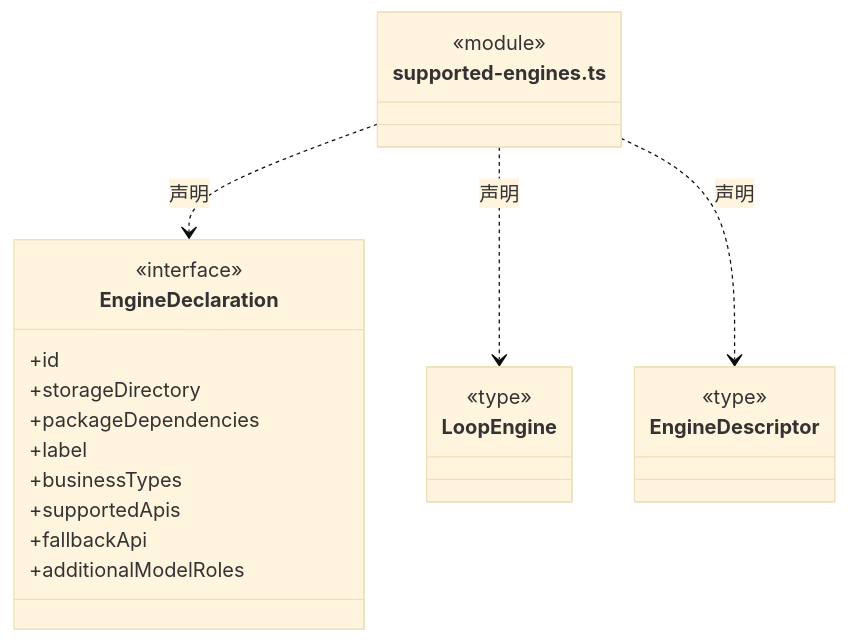
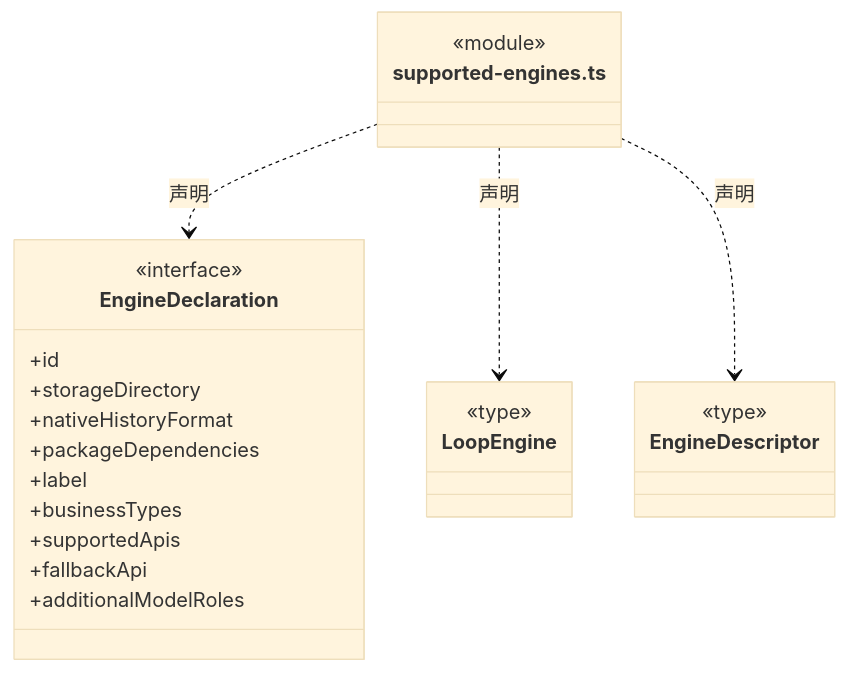
The diagram in src/logic/engines/catalog/ARCHITECTURE.md (nan023062/cbim), drawn with Mermaid (base theme) before and after one commit. The commit also changed 57 other files, not shown here.

````diff
--- a/src/logic/engines/catalog/ARCHITECTURE.md
+++ b/src/logic/engines/catalog/ARCHITECTURE.md
@@ -19,28 +19,29 @@
 ```mermaid
 classDiagram
 class N_src_logic_engines_catalog_supported_engines_ts["supported-engines.ts"] {
   <<module>>
 }
 class N_src_logic_engines_catalog_supported_engines_ts_EngineDeclaration["EngineDeclaration"] {
   <<interface>>
   +id
   +storageDirectory
+  +nativeHistoryFormat
   +packageDependencies
   +label
   +businessTypes
   +supportedApis
   +fallbackApi
   +additionalModelRoles
 }
 N_src_logic_engines_catalog_supported_engines_ts ..> N_src_logic_engines_catalog_supported_engines_ts_EngineDeclaration : 声明
 class N_src_logic_engines_catalog_supported_engines_ts_LoopEngine["LoopEngine"] {
   <<type>>
 
 }
 N_src_logic_engines_catalog_supported_engines_ts ..> N_src_logic_engines_catalog_supported_engines_ts_LoopEngine : 声明
 class N_src_logic_engines_catalog_supported_engines_ts_EngineDescriptor["EngineDescriptor"] {
   <<type>>
 
 }
 N_src_logic_engines_catalog_supported_engines_ts ..> N_src_logic_engines_catalog_supported_engines_ts_EngineDescriptor : 声明
 ```
````
